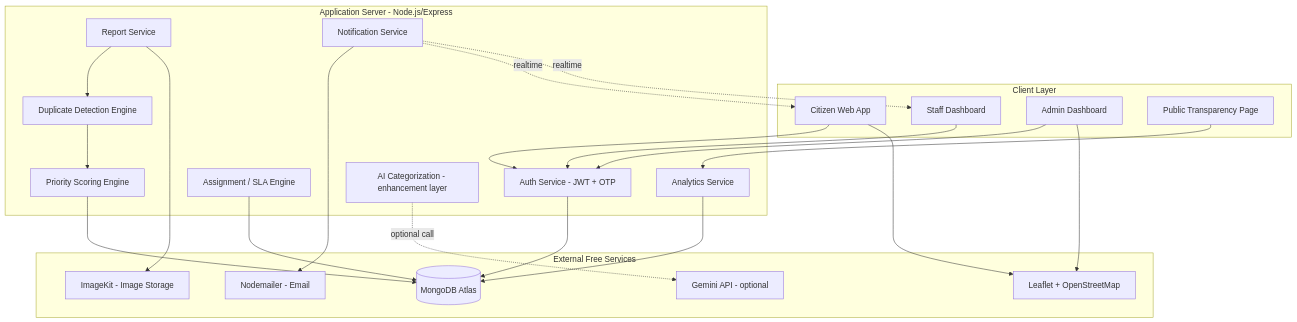
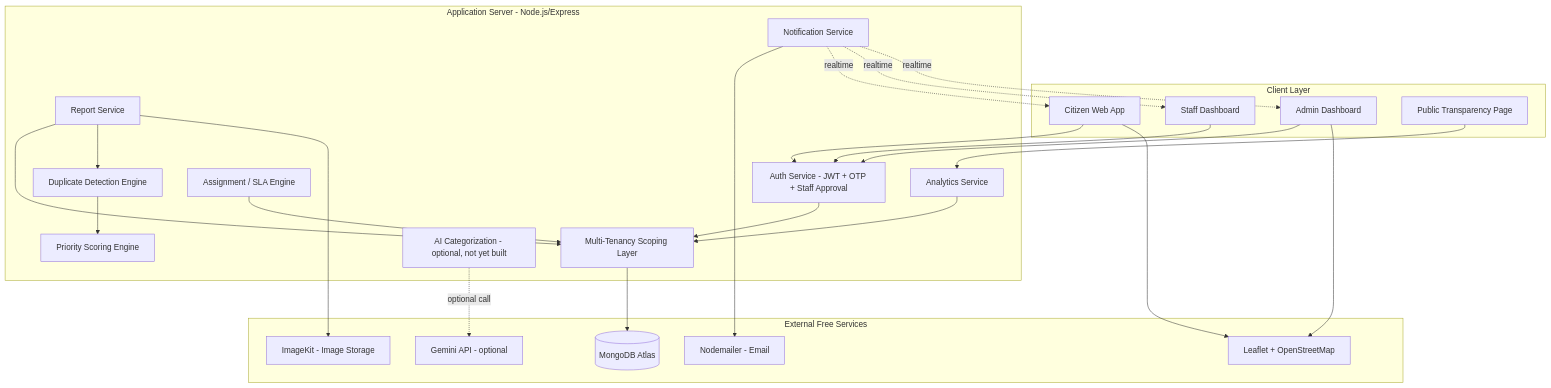
The first of 4 diagrams in README.md (Ujjwal-0005/nivaran), drawn with Mermaid before and after one commit. The commit also changed other lines of this file, not shown here.

````diff
--- a/README.md
+++ b/README.md
@@ -61,47 +122,51 @@
 ```mermaid
 flowchart TB
     subgraph Client["Client Layer"]
         A1[Citizen Web App]
         A2[Staff Dashboard]
         A3[Admin Dashboard]
         A4[Public Transparency Page]
     end
 
     subgraph Server["Application Server - Node.js/Express"]
-        B1[Auth Service - JWT + OTP]
+        B0[Multi-Tenancy Scoping Layer]
+        B1[Auth Service - JWT + OTP + Staff Approval]
         B2[Report Service]
         B3[Duplicate Detection Engine]
         B4[Priority Scoring Engine]
         B5[Assignment / SLA Engine]
         B6[Notification Service]
         B7[Analytics Service]
-        B8[AI Categorization - enhancement layer]
+        B8[AI Categorization - optional, not yet built]
     end
 
     subgraph External["External Free Services"]
         C1[(MongoDB Atlas)]
         C2[ImageKit - Image Storage]
         C3[Nodemailer - Email]
         C4[Leaflet + OpenStreetMap]
         C5[Gemini API - optional]
     end
 
     A1 --> B1
     A2 --> B1
     A3 --> B1
     A4 --> B7
 
-    B1 --> C1
+    B1 --> B0
+    B2 --> B0
+    B5 --> B0
+    B7 --> B0
+    B0 --> C1
+
     B2 --> B3
     B3 --> B4
-    B4 --> C1
     B2 --> C2
-    B5 --> C1
     B6 --> C3
     B6 -.->|realtime| A1
     B6 -.->|realtime| A2
-    B7 --> C1
+    B6 -.->|realtime| A3
     B8 -.->|optional call| C5
     A1 --> C4
     A3 --> C4
 ```
````
